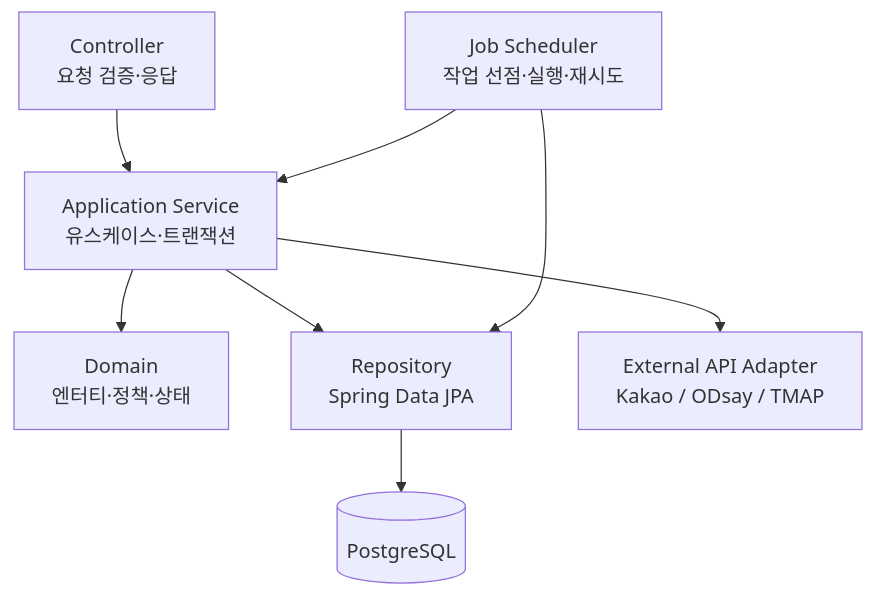
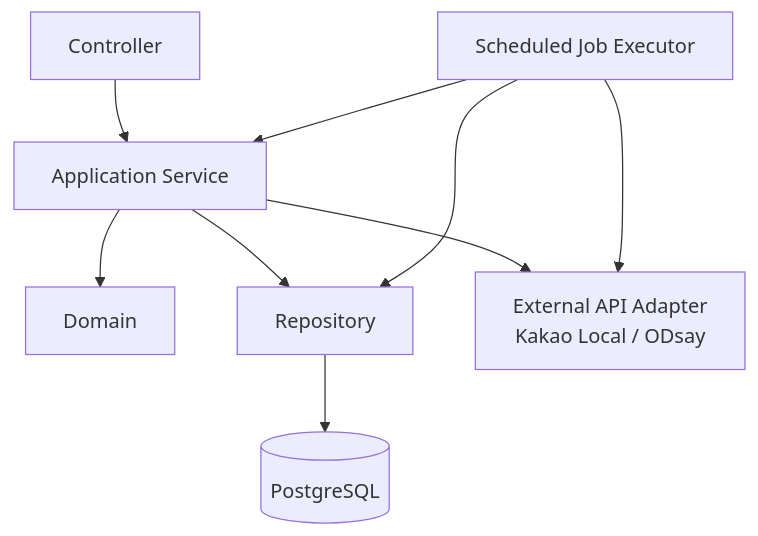
Before and after one commit to 2026-Siheung-SW-Bootcamp-Team-D/docs: the second of 4 diagrams in specs/시스템아키텍처_v1.0.md, drawn with Mermaid. The commit also changed other lines of this file and 6 other files, not shown here.

````diff
--- a/specs/시스템아키텍처_v1.0.md
+++ b/specs/시스템아키텍처_v1.0.md
@@ -190,16 +132,17 @@
 ```mermaid
 flowchart TB
-    C["Controller<br/>요청 검증·응답"]
-    S["Application Service<br/>유스케이스·트랜잭션"]
-    D["Domain<br/>엔터티·정책·상태"]
-    R["Repository<br/>Spring Data JPA"]
+    C["Controller"]
+    S["Application Service"]
+    D["Domain"]
+    R["Repository"]
     DB[("PostgreSQL")]
-    A["External API Adapter<br/>Kakao / ODsay / TMAP"]
-    J["Job Scheduler<br/>작업 선점·실행·재시도"]
+    A["External API Adapter<br/>Kakao Local / ODsay"]
+    J["Scheduled Job Executor"]
 
     C --> S --> D
     S --> R --> DB
     S --> A
     J --> S
     J --> R
+    J --> A
 ```
````
